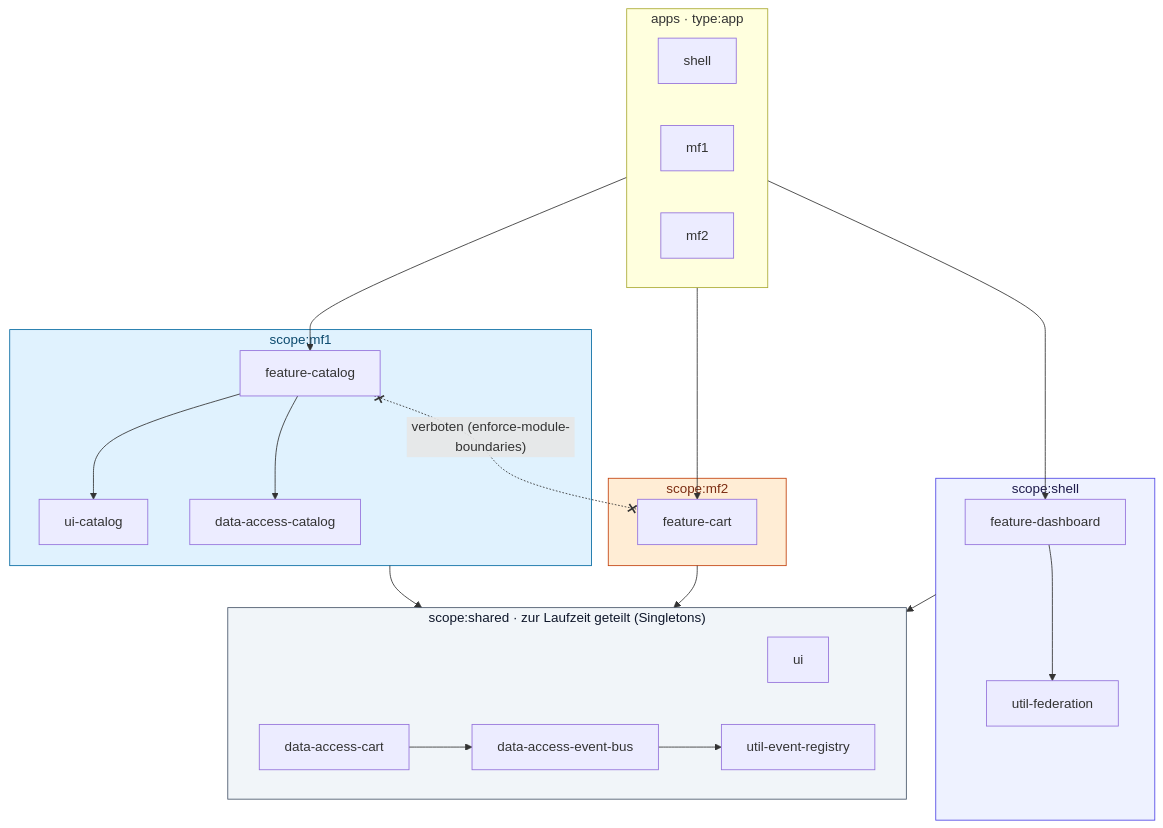
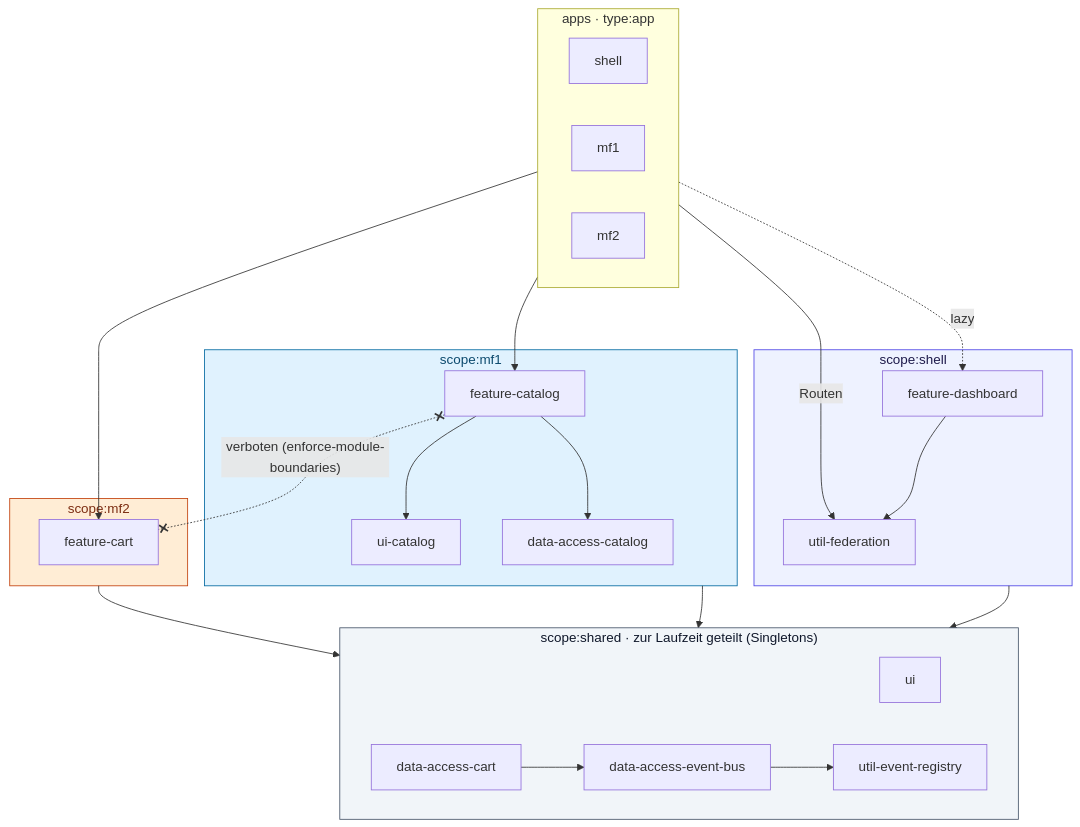
One commit to jannikbuscha/mfe changed the second of 6 diagrams in README.md. Above: the diagram before and after it, drawn with Mermaid. The commit also changed other lines of this file and 4 other files, not shown here.

First line of the commit message:
Refine diagrams and the GitHub Pages pipeline after review

````diff
--- a/README.md
+++ b/README.md
@@ -153,45 +157,46 @@
 ```mermaid
 flowchart TB
   subgraph apps["apps · type:app"]
     direction LR
     shellApp["shell"]
     mf1App["mf1"]
     mf2App["mf2"]
   end
 
   subgraph scopeShell["scope:shell"]
     dash["feature-dashboard"] --> fed["util-federation"]
   end
 
   subgraph scopeMf1["scope:mf1"]
     cat["feature-catalog"] --> catUi["ui-catalog"]
     cat --> catData["data-access-catalog"]
   end
 
   subgraph scopeMf2["scope:mf2"]
     cartFeature["feature-cart"]
   end
 
   subgraph scopeShared["scope:shared · zur Laufzeit geteilt (Singletons)"]
     direction LR
     ui["ui"]
     cartStore["data-access-cart"] --> bus["data-access-event-bus"] --> contract["util-event-registry"]
   end
 
-  shellApp --> dash
+  shellApp -. "lazy" .-> dash
+  shellApp -->|"Routen"| fed
   mf1App --> cat
   mf2App --> cartFeature
   scopeShell --> scopeShared
   scopeMf1 --> scopeShared
   scopeMf2 --> scopeShared
   cat x-. "verboten (enforce-module-boundaries)" .-x cartFeature
 
   classDef shellStyle fill:#eef2ff,stroke:#4f46e5,color:#1e1b4b
   classDef mf1Style fill:#e0f2fe,stroke:#0369a1,color:#0c4a6e
   classDef mf2Style fill:#ffedd5,stroke:#c2410c,color:#7c2d12
   classDef sharedStyle fill:#f1f5f9,stroke:#475569,color:#0f172a
   class scopeShell shellStyle
   class scopeMf1 mf1Style
   class scopeMf2 mf2Style
   class scopeShared sharedStyle
 ```
````
